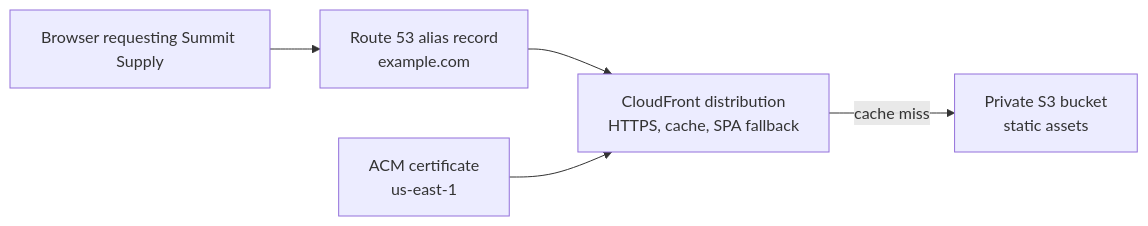
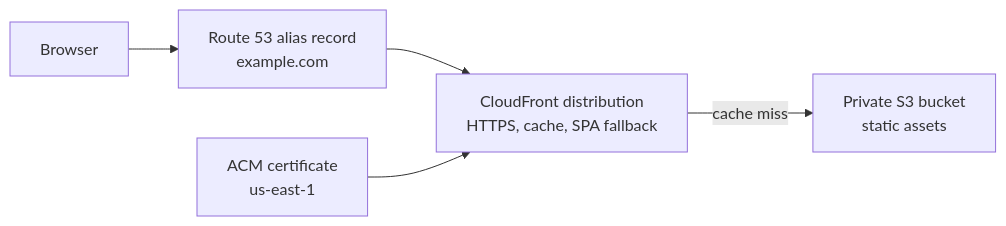
One commit to stevekinney/stevekinney.net changed the second of 4 diagrams in courses/aws/full-static-pipeline.md. Above: the diagram before and after it, drawn with Mermaid. The commit also changed other lines of this file and 76 other files, not shown here.

````diff
--- a/courses/aws/full-static-pipeline.md
+++ b/courses/aws/full-static-pipeline.md
@@ -39,7 +50,7 @@
 ```mermaid
 flowchart LR
-    Browser["Browser requesting Summit Supply"] --> Route53["Route 53 alias record<br/>example.com"]
+    Browser["Browser"] --> Route53["Route 53 alias record<br/>example.com"]
     Route53 --> CloudFront["CloudFront distribution<br/>HTTPS, cache, SPA fallback"]
     CloudFront -->|cache miss| S3["Private S3 bucket<br/>static assets"]
     ACM["ACM certificate<br/>us-east-1"] --> CloudFront
 ```
````
